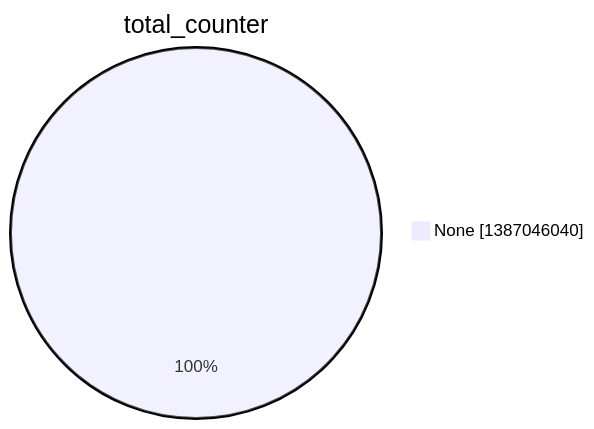
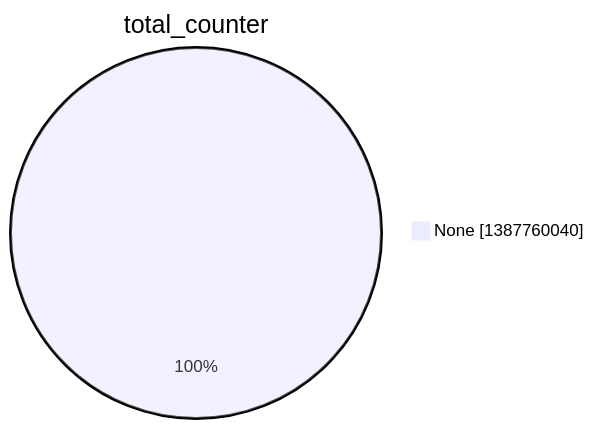
The second of 15 diagrams in argon2022/README.md (christiankrug/ctmonitor_visualization), drawn with Mermaid before and after one commit. The commit also changed other lines of this file, not shown here.

````diff
--- a/argon2022/README.md
+++ b/argon2022/README.md
@@ -9,5 +9,5 @@
 ```mermaid
 pie showData
 title total_counter
-"None" :1387046040
+"None" :1387760040
 ```
````
